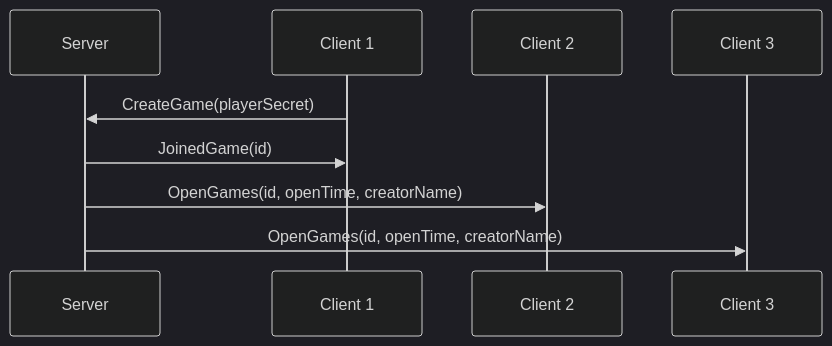
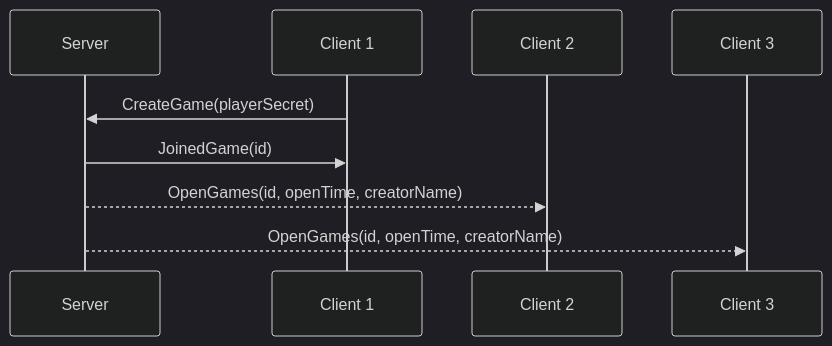
The seventh of 15 diagrams in docs/LOBBY.md (roman-zubarevich/another), drawn with Mermaid (dark theme) before and after one commit. The commit also changed other lines of this file, not shown here.

````diff
--- a/docs/LOBBY.md
+++ b/docs/LOBBY.md
@@ -88,11 +88,11 @@
 ```mermaid
 sequenceDiagram
     participant S as Server
     participant C1 as Client 1
     participant C2 as Client 2
     participant C3 as Client 3
     C1->>S: CreateGame(playerSecret)
     S->>C1: JoinedGame(id)
-    S->>C2: OpenGames(id, openTime, creatorName)
-    S->>C3: OpenGames(id, openTime, creatorName)
+    S-->>C2: OpenGames(id, openTime, creatorName)
+    S-->>C3: OpenGames(id, openTime, creatorName)
 ```
````
